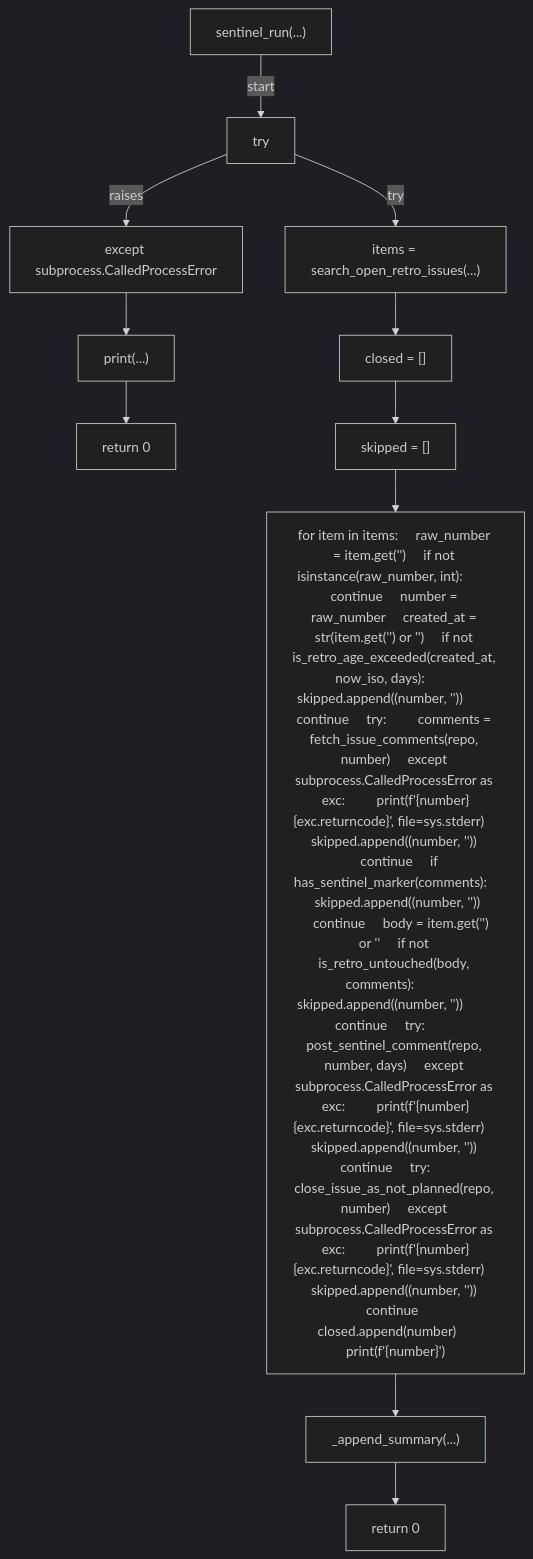
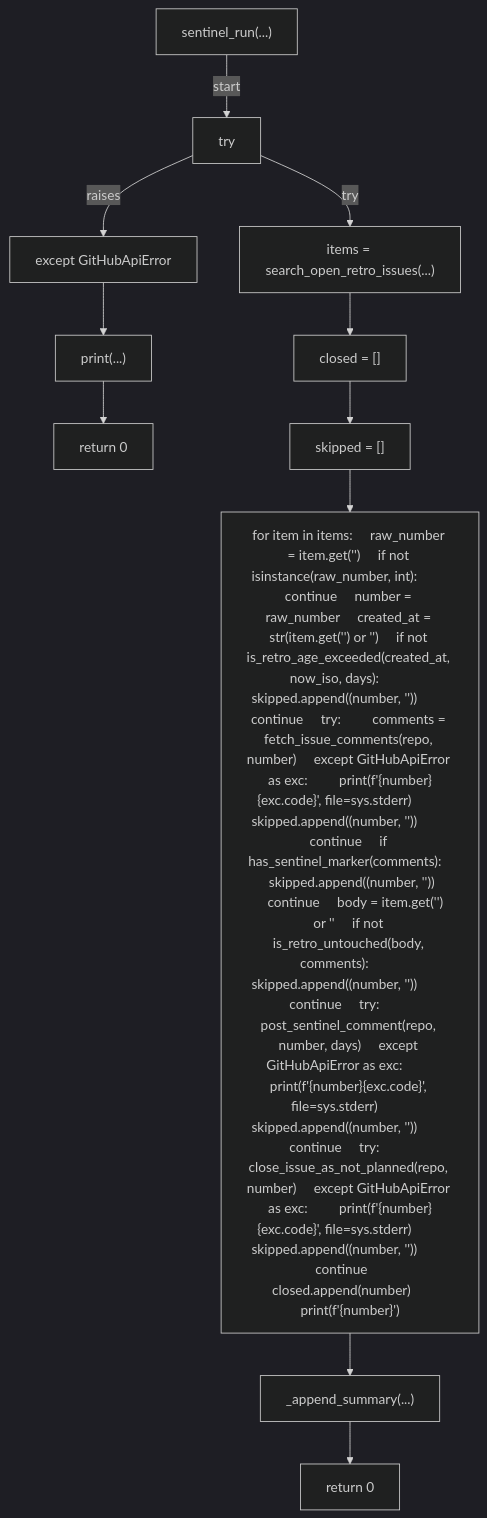
One commit to tvna/claude-md changed diagram 34 of 52 in docs/generated/scripts/ast/auto_retro.md. Above: the diagram before and after it, drawn with Mermaid (dark theme). The commit also changed other lines of this file and 15 other files, not shown here.

First line of the commit message:
docs(generated): regenerate decision tree and workflow diagrams

````diff
--- a/docs/generated/scripts/ast/auto_retro.md
+++ b/docs/generated/scripts/ast/auto_retro.md
@@ -792,24 +783,24 @@
 ```mermaid
 flowchart TD
     N001["sentinel_run(...)"]
     N002["try"]
     N003["items = search_open_retro_issues(...)"]
-    N004["except subprocess.CalledProcessError"]
+    N004["except GitHubApiError"]
     N005["print(...)"]
     N006["return 0"]
     N007["closed = []"]
     N008["skipped = []"]
-    N009["for item in items:     raw_number = item.get('<str>')     if not isinstance(raw_number, int):         continue     number = raw_number     created_at = str(item.get('<str>') or '<str>')     if not is_retro_age_exceeded(created_at, now_iso, days):         skipped.append((number, '<str>'))         continue     try:         comments = fetch_issue_comments(repo, number)     except subprocess.CalledProcessError as exc:         print(f'<str>{number}<str>{exc.returncode}<str>', file=sys.stderr)         skipped.append((number, '<str>'))         continue     if has_sentinel_marker(comments):         skipped.append((number, '<str>'))         continue     body = item.get('<str>') or '<str>'     if not is_retro_untouched(body, comments):         skipped.append((number, '<str>'))         continue     try:         post_sentinel_comment(repo, number, days)     except subprocess.CalledProcessError as exc:         print(f'<str>{number}<str>{exc.returncode}<str>', file=sys.stderr)         skipped.append((number, '<str>'))         continue     try:         close_issue_as_not_planned(repo, number)     except subprocess.CalledProcessError as exc:         print(f'<str>{number}<str>{exc.returncode}<str>', file=sys.stderr)         skipped.append((number, '<str>'))         continue     closed.append(number)     print(f'<str>{number}<str>')"]
+    N009["for item in items:     raw_number = item.get('<str>')     if not isinstance(raw_number, int):         continue     number = raw_number     created_at = str(item.get('<str>') or '<str>')     if not is_retro_age_exceeded(created_at, now_iso, days):         skipped.append((number, '<str>'))         continue     try:         comments = fetch_issue_comments(repo, number)     except GitHubApiError as exc:         print(f'<str>{number}<str>{exc.code}<str>', file=sys.stderr)         skipped.append((number, '<str>'))         continue     if has_sentinel_marker(comments):         skipped.append((number, '<str>'))         continue     body = item.get('<str>') or '<str>'     if not is_retro_untouched(body, comments):         skipped.append((number, '<str>'))         continue     try:         post_sentinel_comment(repo, number, days)     except GitHubApiError as exc:         print(f'<str>{number}<str>{exc.code}<str>', file=sys.stderr)         skipped.append((number, '<str>'))         continue     try:         close_issue_as_not_planned(repo, number)     except GitHubApiError as exc:         print(f'<str>{number}<str>{exc.code}<str>', file=sys.stderr)         skipped.append((number, '<str>'))         continue     closed.append(number)     print(f'<str>{number}<str>')"]
     N010["_append_summary(...)"]
     N011["return 0"]
     N001 -->|"start"| N002
     N002 -->|"try"| N003
     N002 -->|"raises"| N004
     N004 --> N005
     N005 --> N006
     N003 --> N007
     N007 --> N008
     N008 --> N009
     N009 --> N010
     N010 --> N011
 ```
````
